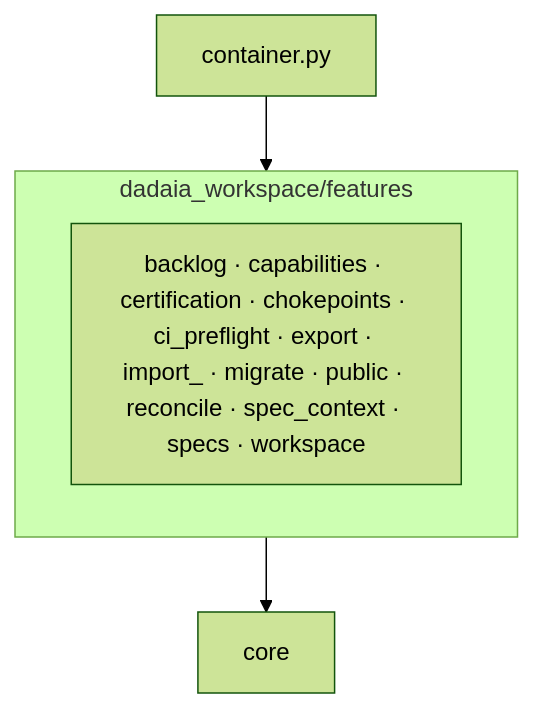
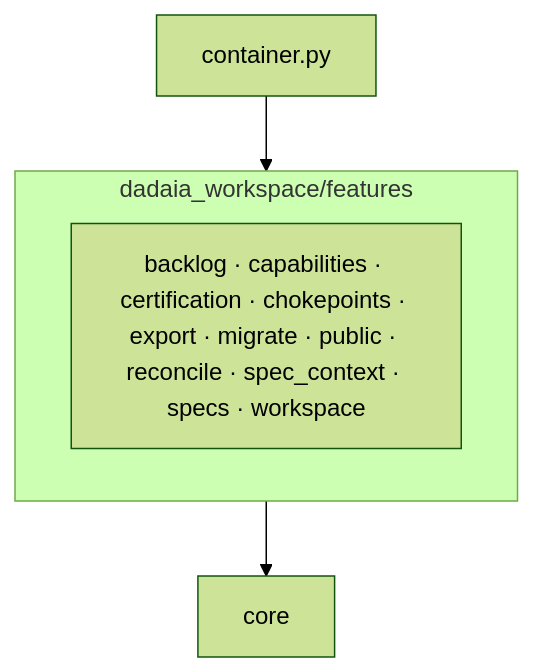
The second of 2 diagrams in specs/memory/ARCHITECTURE.md (marcoaureliomenezes/dadaia-workspace), drawn with Mermaid (forest theme) before and after one commit. The commit also changed other lines of this file and 1458 other files, not shown here.

````diff
--- a/specs/memory/ARCHITECTURE.md
+++ b/specs/memory/ARCHITECTURE.md
@@ -145,8 +120,8 @@
 ```mermaid
 flowchart TB
     subgraph features["dadaia_workspace/features"]
-      pkgs["backlog · capabilities · certification · chokepoints · ci_preflight · export · import_ · migrate · public · reconcile · spec_context · specs · workspace"]
+      pkgs["backlog · capabilities · certification · chokepoints · export · migrate · public · reconcile · spec_context · specs · workspace"]
     end
     container["container.py"] --> features
     features --> core["core"]
 ```
````
